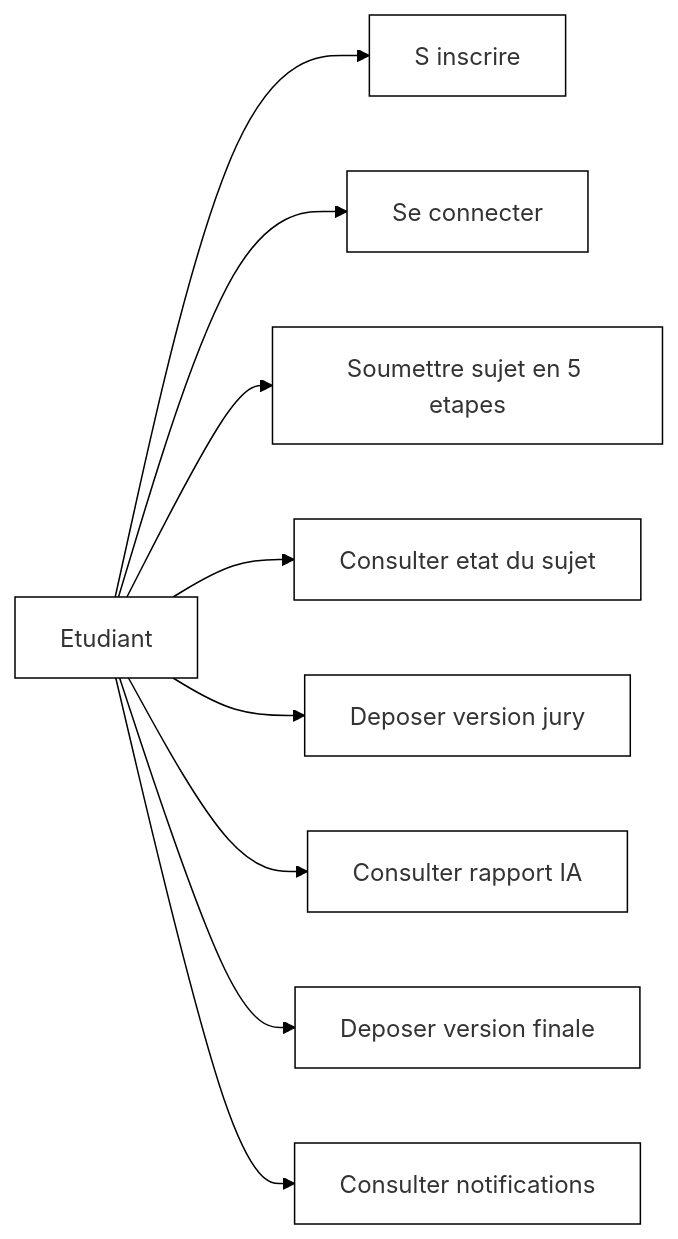
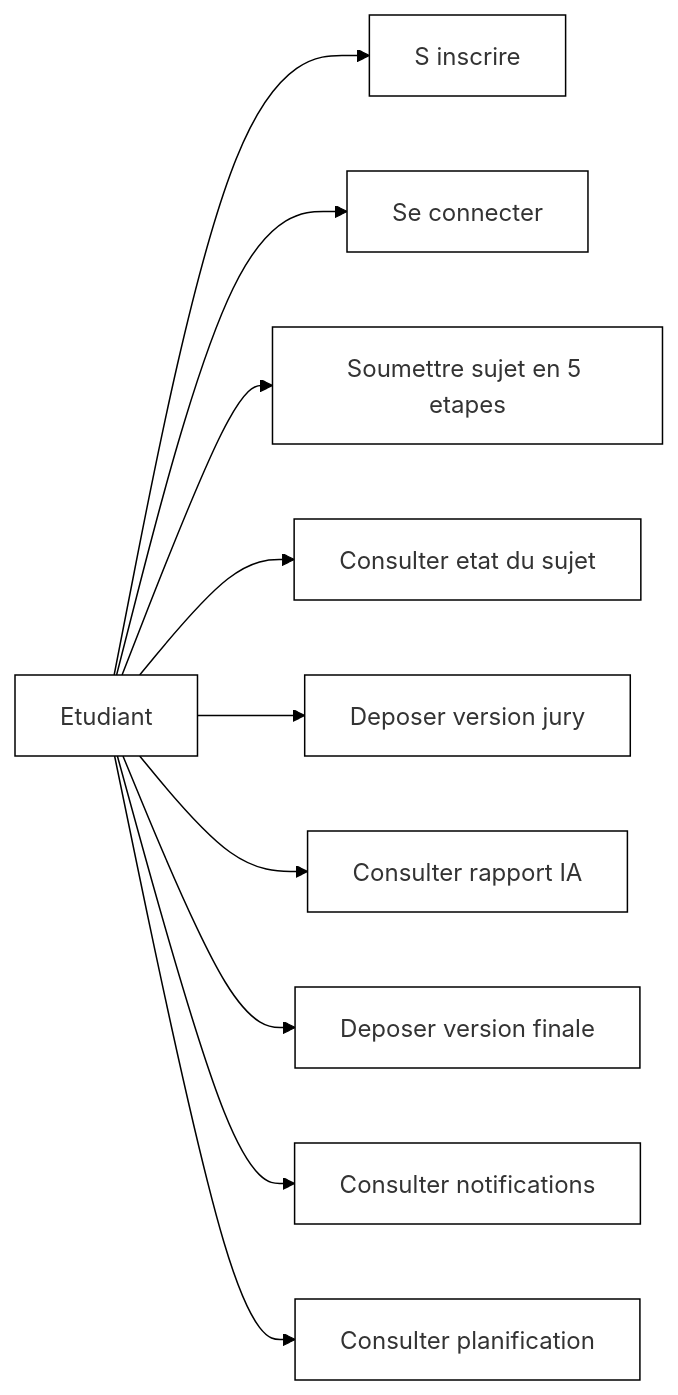
Before and after one commit to DavidMwangaza/TFC-Manager: the second of 13 diagrams in DIAGRAMMES-PAR-CHAPITRE-NB.md, drawn with Mermaid. The commit also changed other lines of this file and 34 other files, not shown here.

````diff
--- a/DIAGRAMMES-PAR-CHAPITRE-NB.md
+++ b/DIAGRAMMES-PAR-CHAPITRE-NB.md
@@ -50,22 +52,24 @@
 ```mermaid
 %%{init: {'theme':'base','themeVariables': {'background':'#ffffff','primaryColor':'#ffffff','primaryBorderColor':'#000000','lineColor':'#000000','textColor':'#000000'}}}%%
 graph LR
     A[Etudiant]
     U1[S inscrire]
     U2[Se connecter]
     U3[Soumettre sujet en 5 etapes]
     U4[Consulter etat du sujet]
     U5[Deposer version jury]
     U6[Consulter rapport IA]
     U7[Deposer version finale]
     U8[Consulter notifications]
+    U9[Consulter planification]
 
     A --> U1
     A --> U2
     A --> U3
     A --> U4
     A --> U5
     A --> U6
     A --> U7
     A --> U8
+    A --> U9
 ```
````
